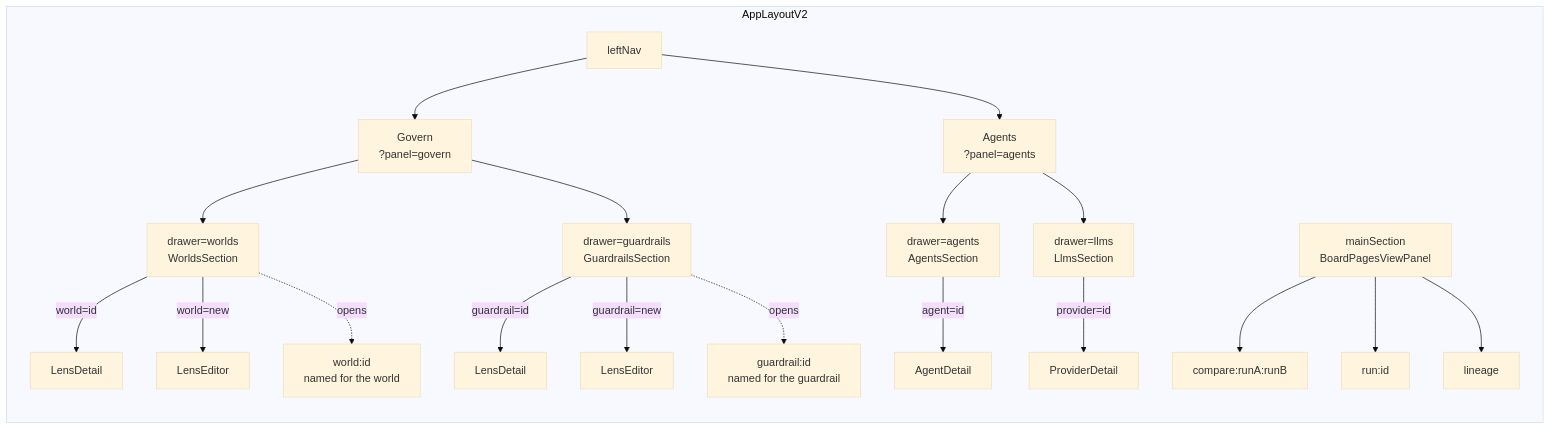
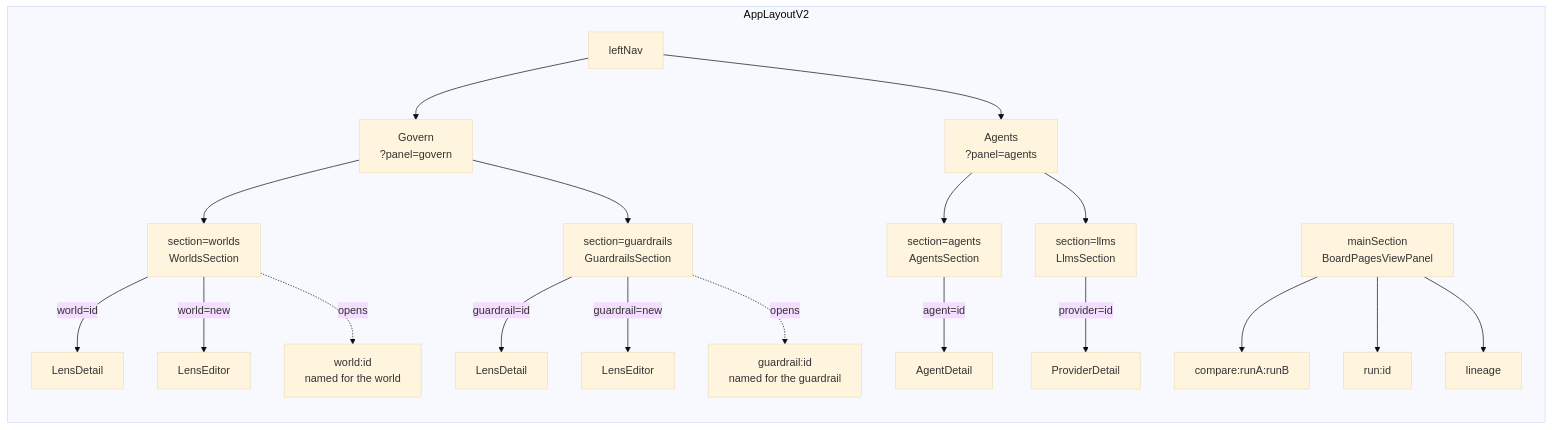
The diagram in docs/for-developers/building-studio/govern-and-agents-panels.md (invana/invana), drawn with Mermaid (base theme) before and after one commit. The commit also changed other lines of this file and 85 other files, not shown here.

````diff
--- a/docs/for-developers/building-studio/govern-and-agents-panels.md
+++ b/docs/for-developers/building-studio/govern-and-agents-panels.md
@@ -30,22 +30,22 @@
 ```mermaid
 flowchart LR
     subgraph Shell["AppLayoutV2"]
         N[leftNav] --> G["Govern<br/>?panel=govern"]
         N --> A["Agents<br/>?panel=agents"]
-        G --> GW["drawer=worlds<br/>WorldsSection"]
-        G --> GG["drawer=guardrails<br/>GuardrailsSection"]
-        A --> AR["drawer=agents<br/>AgentsSection"]
-        A --> AL["drawer=llms<br/>LlmsSection"]
+        G --> GW["section=worlds<br/>WorldsSection"]
+        G --> GG["section=guardrails<br/>GuardrailsSection"]
+        A --> AR["section=agents<br/>AgentsSection"]
+        A --> AL["section=llms<br/>LlmsSection"]
         GW -->|world=id| WD[LensDetail]
         GW -->|world=new| WE[LensEditor]
         GG -->|guardrail=id| GD[LensDetail]
         GG -->|guardrail=new| GE[LensEditor]
         AR -->|agent=id| AD[AgentDetail]
         AL -->|provider=id| PD[ProviderDetail]
         M[mainSection<br/>BoardPagesViewPanel] --> C["compare:runA:runB"]
         GW -.->|opens| WB["world:id<br/>named for the world"]
         GG -.->|opens| GB["guardrail:id<br/>named for the guardrail"]
         M --> R["run:id"]
         M --> LN["lineage"]
     end
 ```
````
